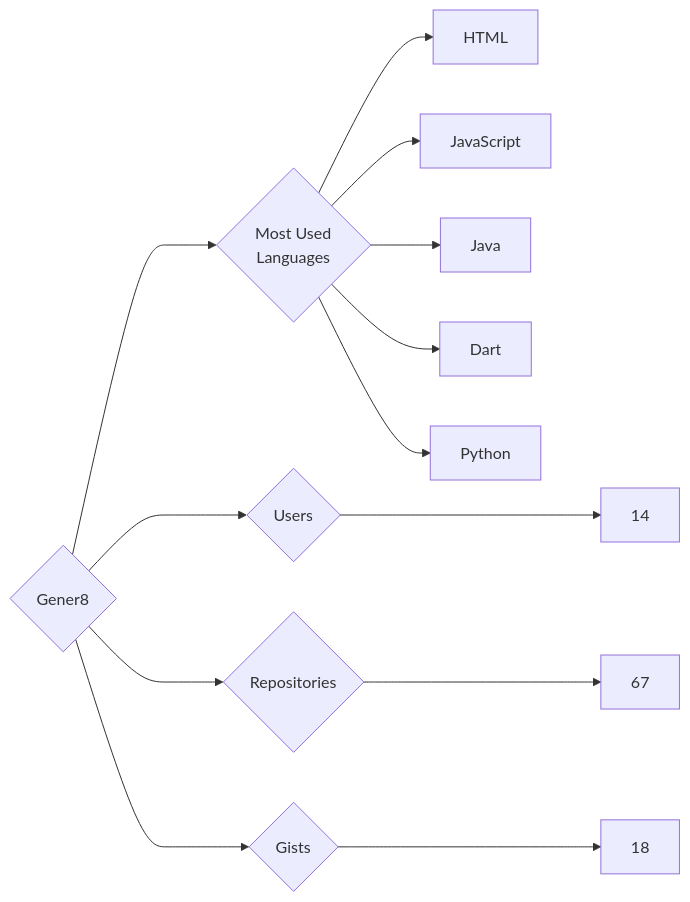
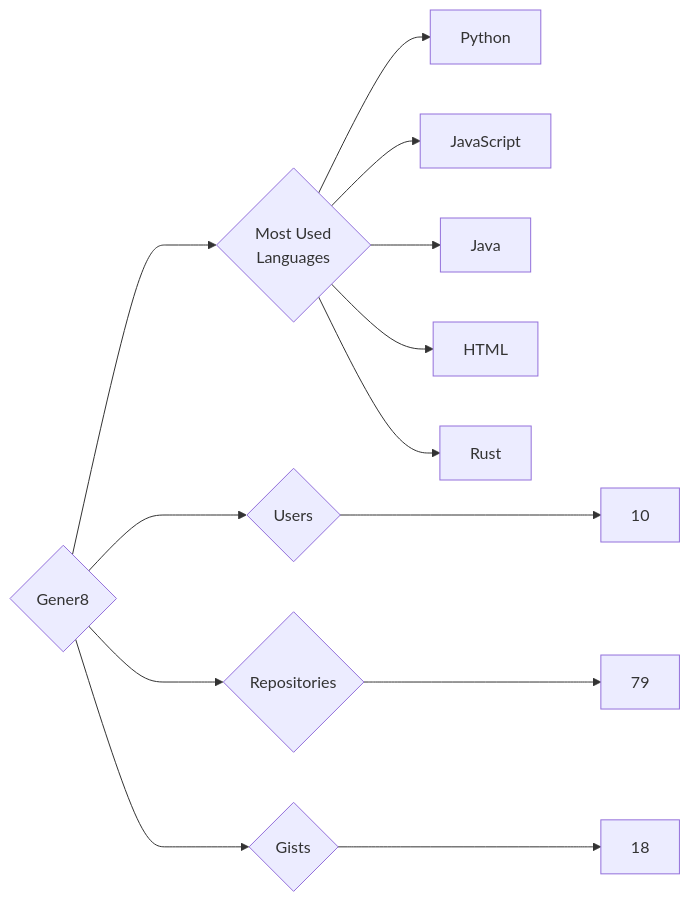
One commit to trickest/insiders changed the diagram in targets/Gener8/README.md. Above: the diagram before and after it, drawn with Mermaid. The commit also changed 874 other files, not shown here.

````diff
--- a/targets/Gener8/README.md
+++ b/targets/Gener8/README.md
@@ -3,13 +3,13 @@
 ```mermaid
 graph LR
 COMPANY_NAME{Gener8}
-COMPANY_NAME ---> U{Users} ---> UN[14]
-COMPANY_NAME ---> R{Repositories} ---> RN[67]
+COMPANY_NAME ---> U{Users} ---> UN[10]
+COMPANY_NAME ---> R{Repositories} ---> RN[79]
 COMPANY_NAME ---> G{Gists} ---> GN[18]
 COMPANY_NAME ---> ML{Most Used<br>Languages}
-ML --> HTML[HTML]
+ML --> Python[Python]
 ML --> JavaScript[JavaScript]
 ML --> Java[Java]
-ML --> Dart[Dart]
-ML --> Python[Python]
+ML --> HTML[HTML]
+ML --> Rust[Rust]
 ```
````
